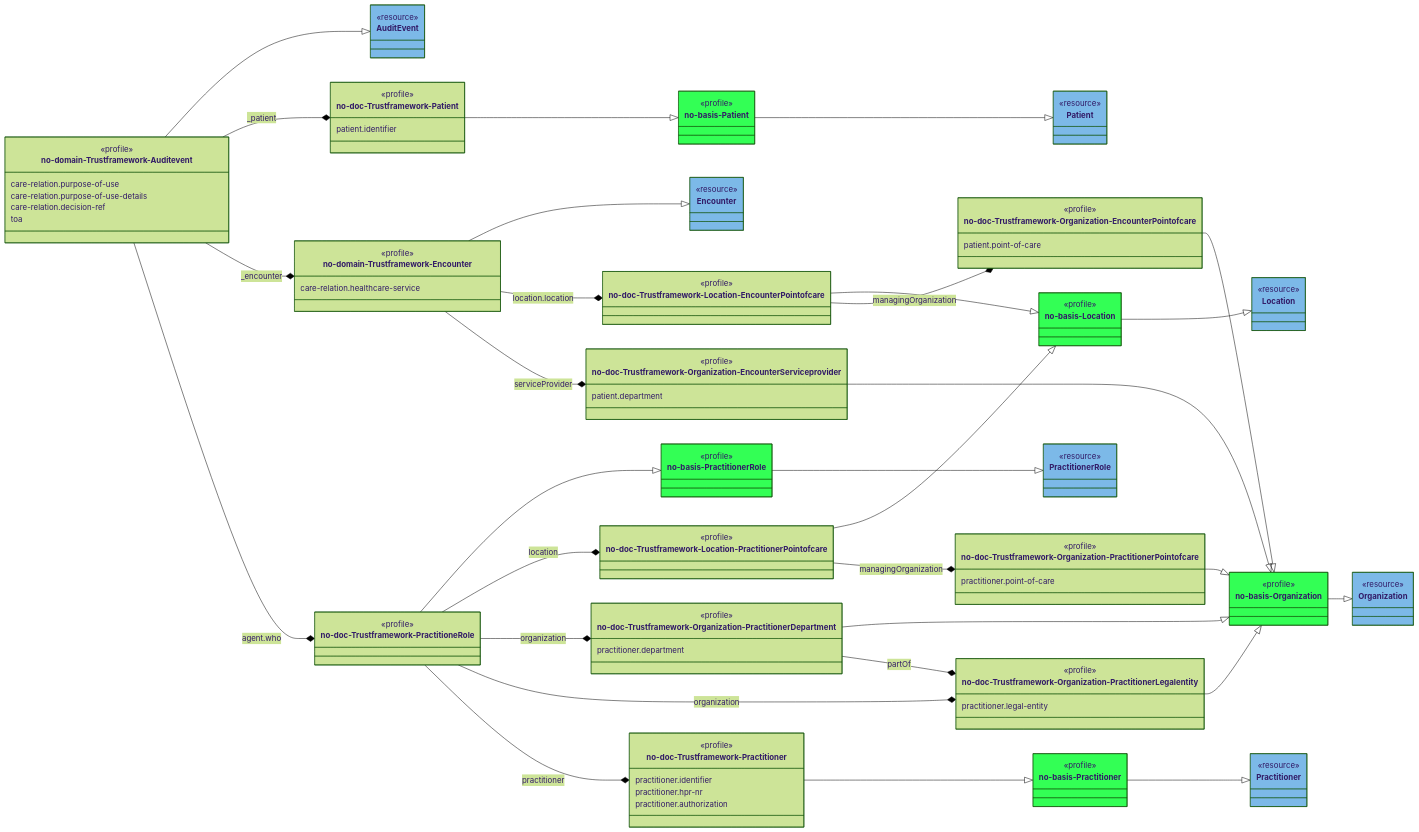
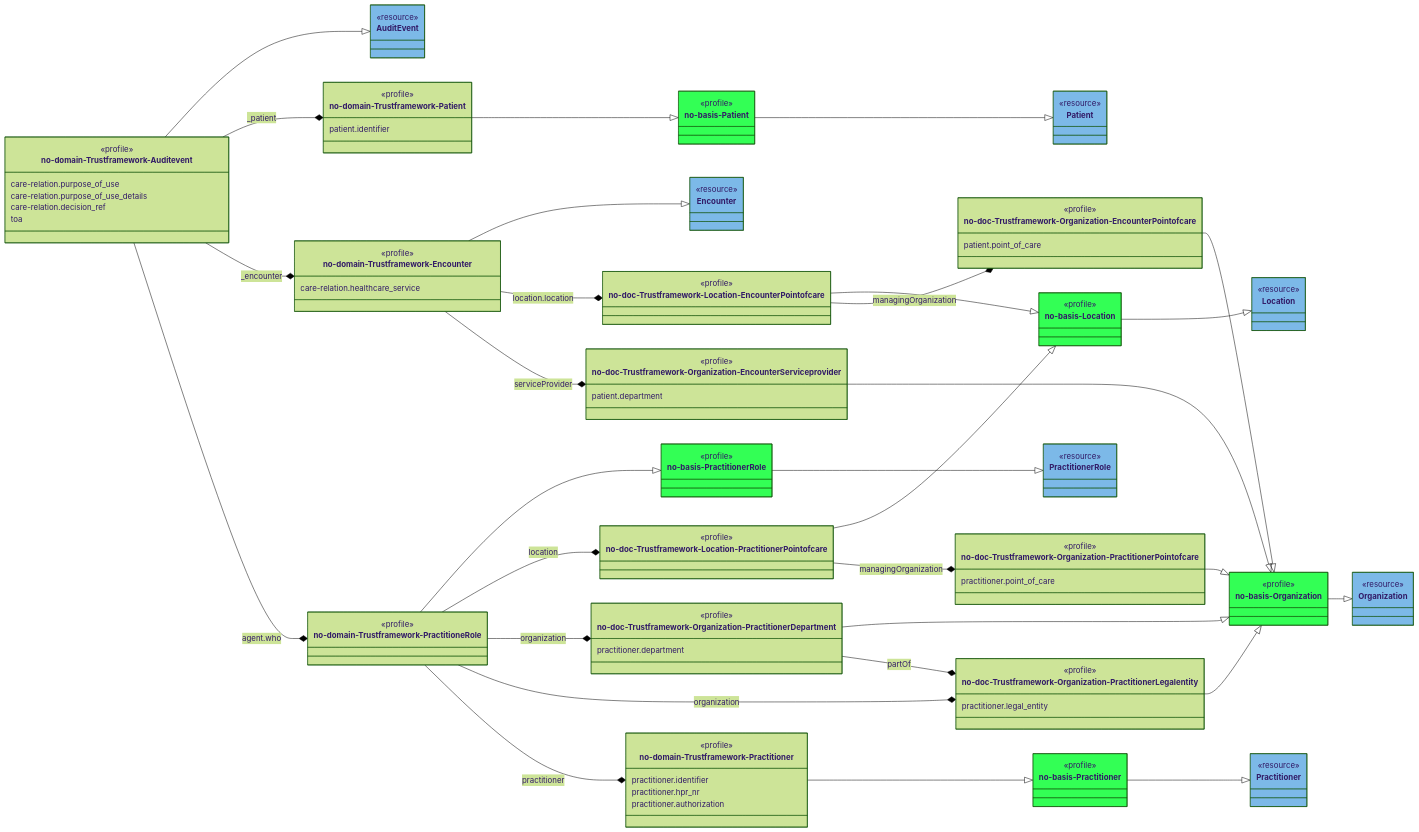
One commit to HL7Norway/AuditEvent changed the diagram in currentbuild/AuditEvent-ClassDiagram.mmd. Above: the diagram before and after it, drawn with Mermaid (forest theme). The commit also changed 342 other files, not shown here.

```diff
--- a/currentbuild/AuditEvent-ClassDiagram.mmd
+++ b/currentbuild/AuditEvent-ClassDiagram.mmd
@@ -1,139 +1,140 @@
 classDiagram
    direction RL
 
    class AuditEvent { <<resource>>  }
    style AuditEvent fill:#7CB9E8
    class Practitioner { <<resource>> }
    style Practitioner fill:#7CB9E8   
    class PractitionerRole { <<resource>> }
    style PractitionerRole fill:#7CB9E8      
    class Organization { <<resource>> }
    style Organization fill:#7CB9E8         
    class Location { <<resource>> }
    style Location fill:#7CB9E8        
    class Patient { <<resource>> }
    style Patient fill:#7CB9E8           
    class Encounter { <<resource>> }
    style Encounter fill:#7CB9E8 
   
 
  
    class no_basis_Patient["no-basis-Patient"]  {<<profile>>}
    class no_basis_Location["no-basis-Location"] {<<profile>>}
    class no_basis_PractitionerRole["no-basis-PractitionerRole"] {<<profile>>}
    class no_basis_Organization["no-basis-Organization"] {<<profile>>}
    class no_basis_Practitioner["no-basis-Practitioner"] {<<profile>>}
    style no_basis_Practitioner fill:#33FF55 
    style no_basis_Patient fill:#33FF55 
    style no_basis_Location fill:#33FF55 
    style no_basis_Organization fill:#33FF55     
    style no_basis_PractitionerRole fill:#33FF55     
                
    class no-domain-Trustframework-Auditevent {
      <<profile>>
-     care-relation.purpose-of-use
-     care-relation.purpose-of-use-details
-     care-relation.decision-ref     
+     care-relation.purpose_of_use
+     care-relation.purpose_of_use_details
+     care-relation.decision_ref     
      toa
    }
   
 
-   class no-doc-Trustframework-PractitioneRole  {<<profile>>}
+
+   class no-domain-Trustframework-PractitioneRole  {<<profile>>}
    class no-doc-Trustframework-Organization-PractitionerDepartment { 
      <<profile>>
      practitioner.department
    }   
   
 
-   class no-doc-Trustframework-Practitioner  {
+   class no-domain-Trustframework-Practitioner  {
      <<profile>>
      practitioner.identifier
-     practitioner.hpr-nr
+     practitioner.hpr_nr
      practitioner.authorization
    }
 
    class no-doc-Trustframework-Organization-PractitionerLegalentity {
      <<profile>>
-     practitioner.legal-entity
+     practitioner.legal_entity
    }
    class no-doc-Trustframework-Location-PractitionerPointofcare {<<profile>>}
    class no-doc-Trustframework-Organization-PractitionerPointofcare {
      <<profile>>
-     practitioner.point-of-care
+     practitioner.point_of_care
    }
    class no-domain-Trustframework-Encounter {
      <<profile>>
-     care-relation.healthcare-service
+     care-relation.healthcare_service
    }
-   class no-doc-Trustframework-Patient {
+   class no-domain-Trustframework-Patient {
      <<profile>>
      patient.identifier
    }
 
    class no-doc-Trustframework-Location-EncounterPointofcare {<<profile>>}
    class no-doc-Trustframework-Organization-EncounterPointofcare {
      <<profile>>
-     patient.point-of-care     
+     patient.point_of_care     
    }
    class no-doc-Trustframework-Organization-EncounterServiceprovider {
      <<profile>>
      patient.department
    }
 
    AuditEvent <|-- no-domain-Trustframework-Auditevent 
-   no_basis_PractitionerRole <|-- no-doc-Trustframework-PractitioneRole 
-   no_basis_Practitioner <|-- no-doc-Trustframework-Practitioner
+   no_basis_PractitionerRole <|-- no-domain-Trustframework-PractitioneRole 
+   no_basis_Practitioner <|-- no-domain-Trustframework-Practitioner
    no_basis_Organization <|-- no-doc-Trustframework-Organization-PractitionerDepartment   
    no_basis_Organization <|-- no-doc-Trustframework-Organization-PractitionerLegalentity
    no_basis_Organization <|-- no-doc-Trustframework-Organization-EncounterPointofcare
    no_basis_Organization <|-- no-doc-Trustframework-Organization-PractitionerPointofcare
    no_basis_Organization <|-- no-doc-Trustframework-Organization-EncounterServiceprovider
    no_basis_Location <|-- no-doc-Trustframework-Location-EncounterPointofcare
    no_basis_Location <|-- no-doc-Trustframework-Location-PractitionerPointofcare
    Location <|-- no_basis_Location
-   no_basis_Patient <|-- no-doc-Trustframework-Patient
+   no_basis_Patient <|-- no-domain-Trustframework-Patient
    Patient <|-- no_basis_Patient
    Encounter <|-- no-domain-Trustframework-Encounter
    PractitionerRole <|-- no_basis_PractitionerRole
    Organization <|-- no_basis_Organization
    Practitioner <|--  no_basis_Practitioner
   
     no-doc-Trustframework-Organization-PractitionerPointofcare *-- no-doc-Trustframework-Location-PractitionerPointofcare : managingOrganization
     no-doc-Trustframework-Organization-PractitionerLegalentity *-- no-doc-Trustframework-Organization-PractitionerDepartment : partOf
     no-doc-Trustframework-Location-EncounterPointofcare *-- no-domain-Trustframework-Encounter : location.location
     no-doc-Trustframework-Organization-EncounterServiceprovider *-- no-domain-Trustframework-Encounter: serviceProvider
     no-doc-Trustframework-Organization-EncounterPointofcare *-- no-doc-Trustframework-Location-EncounterPointofcare : managingOrganization
-    no-doc-Trustframework-Location-PractitionerPointofcare *-- no-doc-Trustframework-PractitioneRole  : location
-    no-doc-Trustframework-Organization-PractitionerDepartment *-- no-doc-Trustframework-PractitioneRole  : organization
-    no-doc-Trustframework-Organization-PractitionerLegalentity *-- no-doc-Trustframework-PractitioneRole  : organization
-    no-doc-Trustframework-Practitioner *-- no-doc-Trustframework-PractitioneRole  : practitioner
-    no-doc-Trustframework-Patient *-- no-domain-Trustframework-Auditevent  : _patient
+    no-doc-Trustframework-Location-PractitionerPointofcare *-- no-domain-Trustframework-PractitioneRole  : location
+    no-doc-Trustframework-Organization-PractitionerDepartment *-- no-domain-Trustframework-PractitioneRole  : organization
+    no-doc-Trustframework-Organization-PractitionerLegalentity *-- no-domain-Trustframework-PractitioneRole  : organization
+    no-domain-Trustframework-Practitioner *-- no-domain-Trustframework-PractitioneRole  : practitioner
+    no-domain-Trustframework-Patient *-- no-domain-Trustframework-Auditevent  : _patient
     no-domain-Trustframework-Encounter *-- no-domain-Trustframework-Auditevent  : _encounter
-    no-doc-Trustframework-PractitioneRole  *-- no-domain-Trustframework-Auditevent  : agent.who
+    no-domain-Trustframework-PractitioneRole  *-- no-domain-Trustframework-Auditevent  : agent.who
     
     link AuditEvent "https://hl7.org/fhir/R4/auditevent.html" 
     link Practitioner "https://hl7.org/fhir/R4/practitioner.html" 
     link PractitionerRole "https://hl7.org/fhir/R4/practitionerrole.html" 
     link Organization "https://hl7.org/fhir/R4/organization.html" 
     link Location "https://hl7.org/fhir/R4/location.html" 
     link Patient  "https://hl7.org/fhir/R4/patient.html" 
     link Encounter "https://hl7.org/fhir/R4/encounter.html" 
   
 
     link no-domain-Trustframework-Auditevent "StructureDefinition-no-domain-Trustframework-Auditevent.html"
-    link no-doc-Trustframework-PractitioneRole  "StructureDefinition-no-doc-Trustframework-PractitioneRole.html"
+    link no-domain-Trustframework-PractitioneRole  "StructureDefinition-no-domain-Trustframework-PractitioneRole.html"
     link no-doc-Trustframework-Organization-PractitionerDepartment "StructureDefinition-no-doc-Trustframework-Organization-PractitionerDepartment.html"
-    link no-doc-Trustframework-Practitioner "StructureDefinition-no-doc-Trustframework-Practitioner.html"
+    link no-domain-Trustframework-Practitioner "StructureDefinition-no-domain-Trustframework-Practitioner.html"
     link no-doc-Trustframework-Organization-PractitionerLegalentity "StructureDefinition-no-doc-Trustframework-Organization-PractitionerLegalentity.html"
     link no-doc-Trustframework-Location-PractitionerPointofcare "StructureDefinition-no-doc-Trustframework-Location-PractitionerPointofcare.html"
     link no-doc-Trustframework-Organization-PractitionerPointofcare "StructureDefinition-no-doc-Trustframework-Organization-PractitionerPointofcare.html"
     link no-domain-Trustframework-Encounter "StructureDefinition-no-domain-Trustframework-Encounter.html"
-    link no-doc-Trustframework-Patient "StructureDefinition-no-doc-Trustframework-Patient.html"
+    link no-domain-Trustframework-Patient "StructureDefinition-no-domain-Trustframework-Patient.html"
     link no-doc-Trustframework-Location-EncounterPointofcare "StructureDefinition-no-doc-Trustframework-Location-EncounterPointofcare.html"
     link no-doc-Trustframework-Organization-EncounterPointofcare "StructureDefinition-no-doc-Trustframework-Organization-EncounterPointofcare.html"
     link no-doc-Trustframework-Organization-EncounterServiceprovider "StructureDefinition-no-doc-Trustframework-Organization-EncounterServiceprovider.html"
     link no_basis_Patient "https://simplifier.net/packages/hl7.fhir.no.basis/2.2.0/files/2210549"
     link no_basis_Location "https://simplifier.net/packages/hl7.fhir.no.basis/2.2.0/files/2210537"
     link no_basis_PractitionerRole "https://simplifier.net/packages/hl7.fhir.no.basis/2.2.0/files/2210553"
     link no_basis_Organization "https://simplifier.net/packages/hl7.fhir.no.basis/2.2.0/files/2210545"
     link no_basis_Practitioner "https://simplifier.net/packages/hl7.fhir.no.basis/2.2.0/files/2210552"
```
